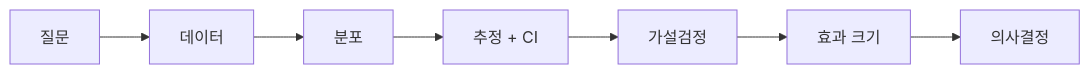
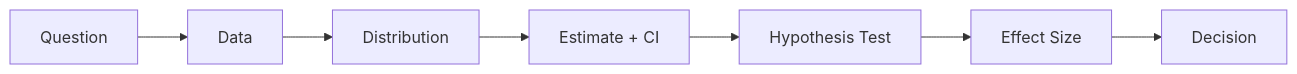
One commit to yeongseon-books/book-content changed the diagram in content/statistics-101/ko/10-statistical-thinking.md. Above: the diagram before and after it, drawn with Mermaid. The commit also changed other lines of this file and 9 other files, not shown here.

````diff
--- a/content/statistics-101/ko/10-statistical-thinking.md
+++ b/content/statistics-101/ko/10-statistical-thinking.md
@@ -48,9 +50,9 @@
 ```mermaid
 flowchart LR
-    Q["질문"] --> D["데이터"]
-    D --> Dist["분포"]
-    Dist --> Est["추정 + CI"]
-    Est --> Test["가설검정"]
-    Test --> Eff["효과 크기"]
-    Eff --> Dec["의사결정"]
+    Q["Question"] --> D["Data"]
+    D --> Dist["Distribution"]
+    Dist --> Est["Estimate + CI"]
+    Est --> Test["Hypothesis Test"]
+    Test --> Eff["Effect Size"]
+    Eff --> Dec["Decision"]
 ```
````
